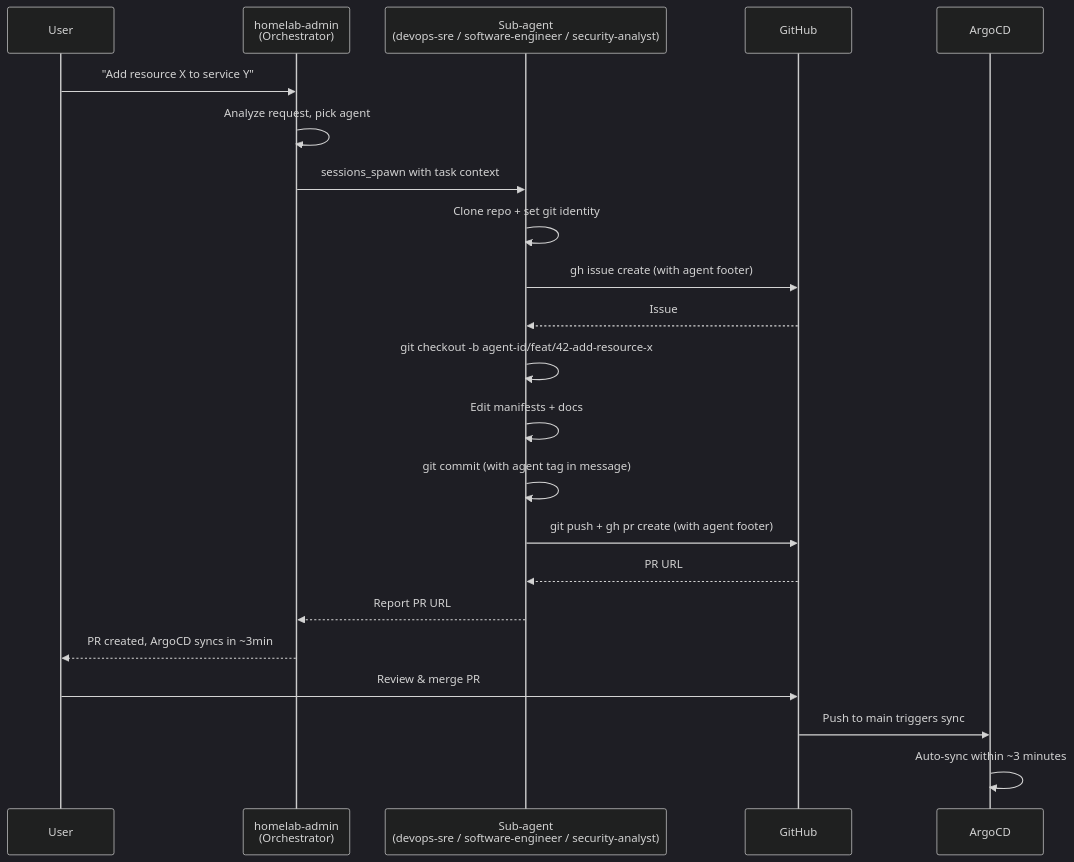
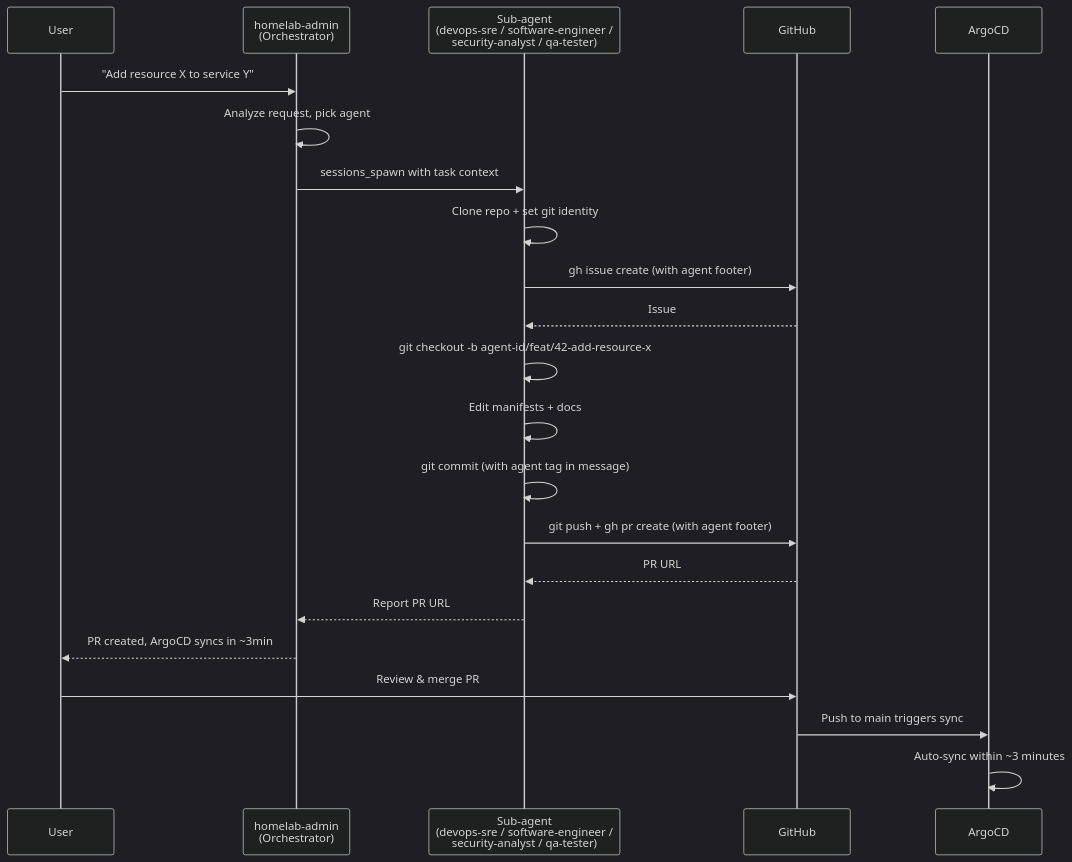
One commit to haingth77/homelab changed the second of 2 diagrams in docs/ai-agents.md. Above: the diagram before and after it, drawn with Mermaid (dark theme). The commit also changed other lines of this file and 3 other files, not shown here.

````diff
--- a/docs/ai-agents.md
+++ b/docs/ai-agents.md
@@ -113,28 +134,28 @@
 ```mermaid
 sequenceDiagram
     participant User
     participant HA as homelab-admin<br/>(Orchestrator)
-    participant SA as Sub-agent<br/>(devops-sre / software-engineer / security-analyst)
+    participant SA as Sub-agent<br/>(devops-sre / software-engineer /<br/>security-analyst / qa-tester)
     participant GH as GitHub
     participant Argo as ArgoCD
 
     User->>HA: "Add resource X to service Y"
     HA->>HA: Analyze request, pick agent
     HA->>SA: sessions_spawn with task context
 
     SA->>SA: Clone repo + set git identity
     SA->>GH: gh issue create (with agent footer)
     GH-->>SA: Issue #42
     SA->>SA: git checkout -b agent-id/feat/42-add-resource-x
     SA->>SA: Edit manifests + docs
     SA->>SA: git commit (with agent tag in message)
     SA->>GH: git push + gh pr create (with agent footer)
     GH-->>SA: PR URL
 
     SA-->>HA: Report PR URL
     HA-->>User: PR created, ArgoCD syncs in ~3min
 
     User->>GH: Review & merge PR
     GH->>Argo: Push to main triggers sync
     Argo->>Argo: Auto-sync within ~3 minutes
 ```
````
